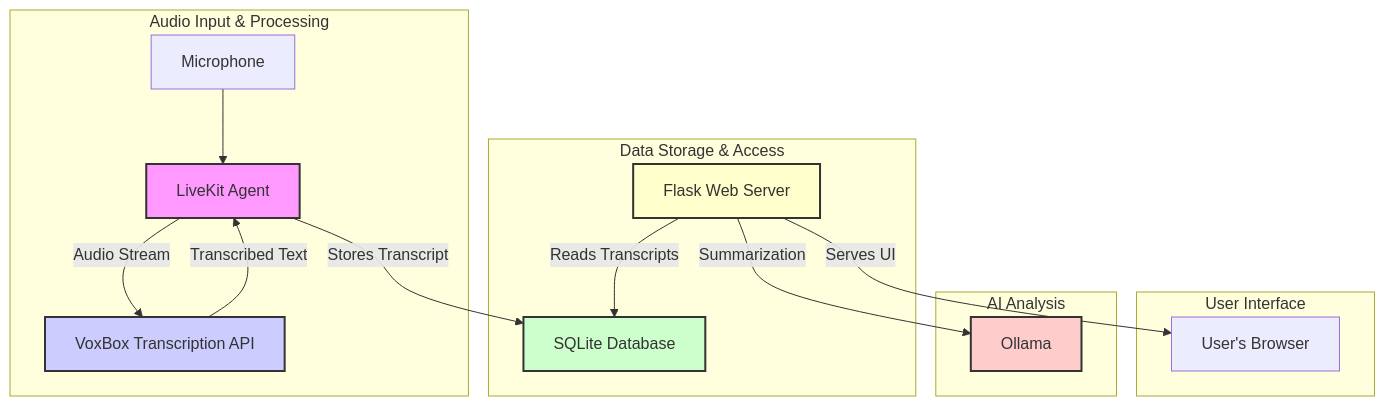
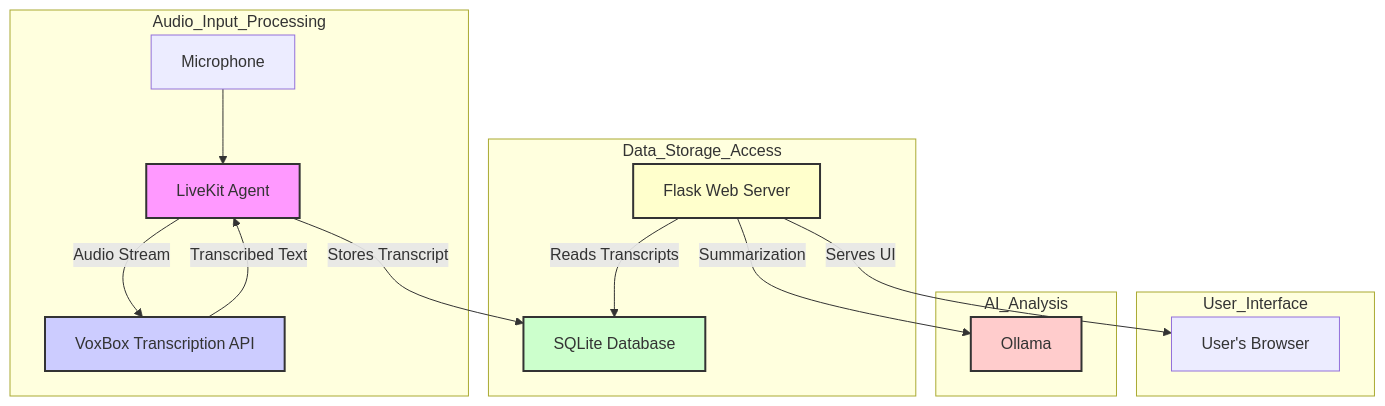
One commit to ShayneP/offline-ai-transcriber changed the diagram in README.md. Above: the diagram before and after it, drawn with Mermaid. The commit also changed other lines of this file and 3 other files, not shown here.

````diff
--- a/README.md
+++ b/README.md
@@ -9,35 +9,36 @@
 ```mermaid
 graph TD
-    A[Microphone] --> LA[LiveKit Agent];
-    LA -- Audio Stream --> VB[VoxBox Transcription API];
-    VB -- Transcribed Text --> LA;
-    LA -- Stores Transcript --> DB[SQLite Database];
-    FS[Flask Web Server] -- Reads Transcripts --> DB;
-    FS -- Serves UI --> UserBrowser[User's Browser];
-    FS -- Summarization --> OLLAMA[Ollama];
+    A[Microphone] --> LA[LiveKit Agent]
+    LA -- Audio Stream --> VB[VoxBox Transcription API]
+    VB -- Transcribed Text --> LA
+    LA -- Stores Transcript --> DB[SQLite Database]
+    FS[Flask Web Server] -- Reads Transcripts --> DB
+    FS -- Serves UI --> UserBrowser[User's Browser]
+    FS -- Summarization --> OLLAMA[Ollama]
 
-    subgraph "Audio Input & Processing"
+
+    subgraph Audio_Input_Processing
         A
         LA
         VB
     end
 
-    subgraph "Data Storage & Access"
+    subgraph Data_Storage_Access
         DB
         FS
     end
 
-    subgraph "User Interface"
+    subgraph User_Interface
         UserBrowser
     end
 
-    subgraph "AI Analysis"
+    subgraph AI_Analysis
         OLLAMA
     end
 
     style LA fill:#f9f,stroke:#333,stroke-width:2px
     style VB fill:#ccf,stroke:#333,stroke-width:2px
     style DB fill:#cfc,stroke:#333,stroke-width:2px
     style FS fill:#ffc,stroke:#333,stroke-width:2px
     style OLLAMA fill:#fcc,stroke:#333,stroke-width:2px
 ```
````
